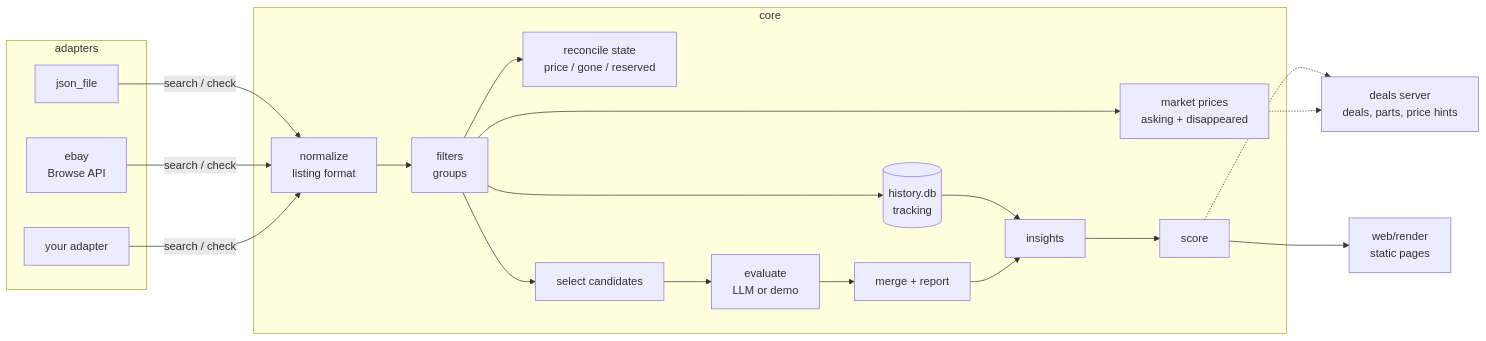
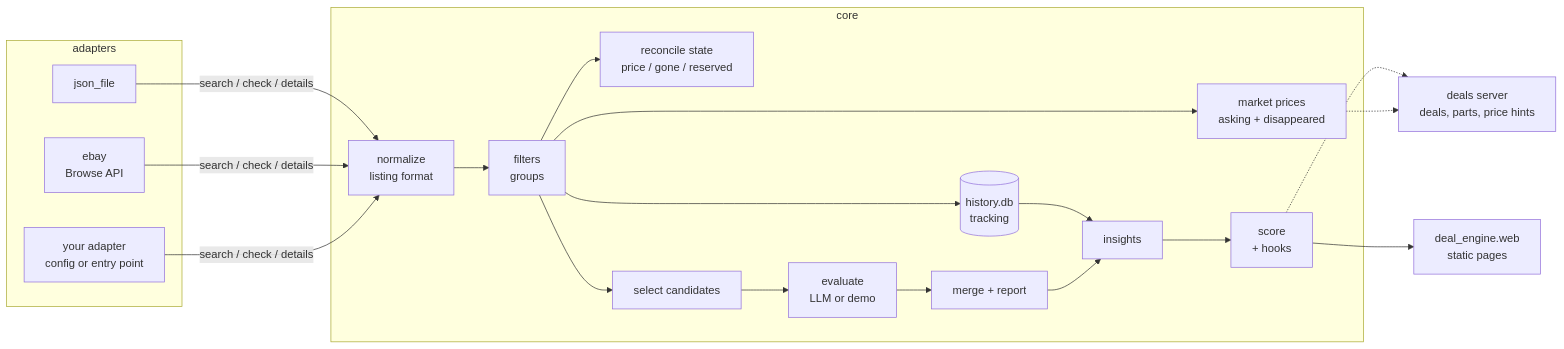
The diagram in README.md (robinw0410/deal-engine), drawn with Mermaid before and after one commit. The commit also changed other lines of this file and 92 other files, not shown here.

First line of the commit message:
deal-engine 0.2.0: extensibility

````diff
--- a/README.md
+++ b/README.md
@@ -36,23 +42,23 @@
 ```mermaid
 flowchart LR
     subgraph adapters
         A1[json_file]
         A2[ebay<br/>Browse API]
-        A3[your adapter]
+        A3[your adapter<br/>config or entry point]
     end
     subgraph core
         N[normalize<br/>listing format] --> F[filters<br/>groups]
         F --> M[market prices<br/>asking + disappeared]
         F --> R[reconcile state<br/>price / gone / reserved]
         F --> C[select candidates]
         C --> E[evaluate<br/>LLM or demo]
         E --> G[merge + report]
         H[(history.db<br/>tracking)] --> I[insights]
-        G --> I --> S[score]
+        G --> I --> S[score<br/>+ hooks]
     end
-    A1 & A2 & A3 -- search / check --> N
+    A1 & A2 & A3 -- search / check / details --> N
     F --> H
-    S --> W[web/render<br/>static pages]
+    S --> W[deal_engine.web<br/>static pages]
     S -.-> D[deals server<br/>deals, parts, price hints]
     M -.-> D
 ```
````
